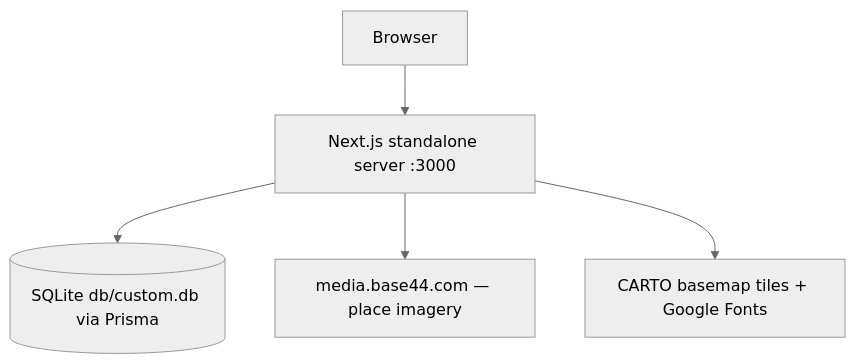
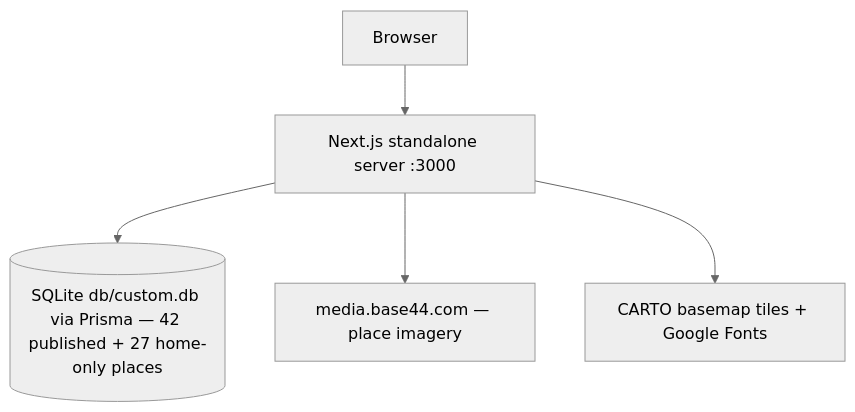
One commit to nordeim/activity-map changed the diagram in README.md. Above: the diagram before and after it, drawn with Mermaid (neutral theme). The commit also changed other lines of this file and 41 other files, not shown here.

````diff
--- a/README.md
+++ b/README.md
@@ -51,7 +56,7 @@
 ```mermaid
 flowchart TB
     B[Browser] --> S[Next.js standalone server :3000]
-    S --> DB[(SQLite db/custom.db via Prisma)]
+    S --> DB[(SQLite db/custom.db via Prisma — 42 published + 27 home-only places)]
     S --> CDN1[media.base44.com — place imagery]
     S --> CDN2[CARTO basemap tiles + Google Fonts]
 ```
````
